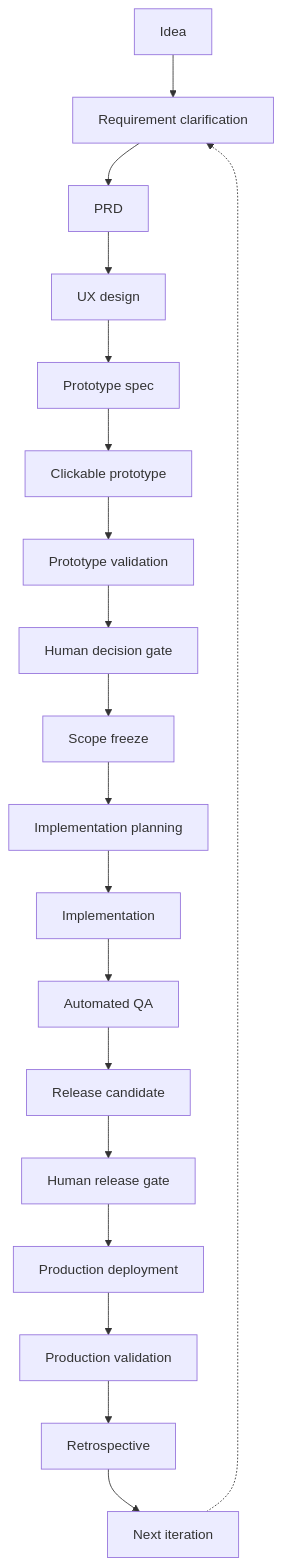
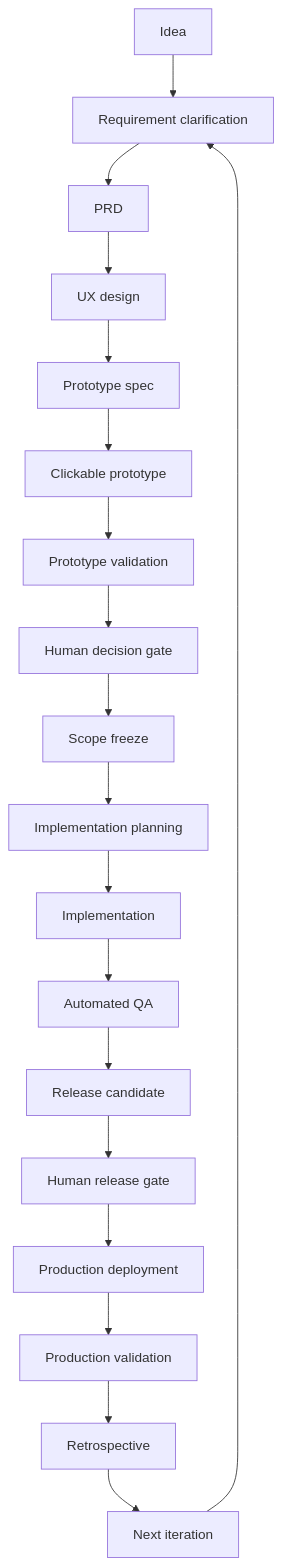
Before and after one commit to 1335389202-create/ai-product-development-workflow: the diagram in README.md, drawn with Mermaid.

Commit message:
docs: use baseline Mermaid graph syntax

````diff
--- a/README.md
+++ b/README.md
@@ -17,10 +17,21 @@
 ```mermaid
-flowchart TD
-  A[Idea] --> B[Requirement clarification] --> C[PRD]
-  C --> D[UX design] --> E[Prototype spec] --> F[Clickable prototype]
-  F --> G[Prototype validation] --> H[Human decision gate] --> I[Scope freeze]
-  I --> J[Implementation planning] --> K[Implementation] --> L[Automated QA]
-  L --> M[Release candidate] --> N[Human release gate] --> O[Production deployment]
-  O --> P[Production validation] --> Q[Retrospective] --> R[Next iteration]
-  R -.-> B
+graph TD
+  A[Idea] --> B[Requirement clarification]
+  B --> C[PRD]
+  C --> D[UX design]
+  D --> E[Prototype spec]
+  E --> F[Clickable prototype]
+  F --> G[Prototype validation]
+  G --> H[Human decision gate]
+  H --> I[Scope freeze]
+  I --> J[Implementation planning]
+  J --> K[Implementation]
+  K --> L[Automated QA]
+  L --> M[Release candidate]
+  M --> N[Human release gate]
+  N --> O[Production deployment]
+  O --> P[Production validation]
+  P --> Q[Retrospective]
+  Q --> R[Next iteration]
+  R --> B
 ```
````
